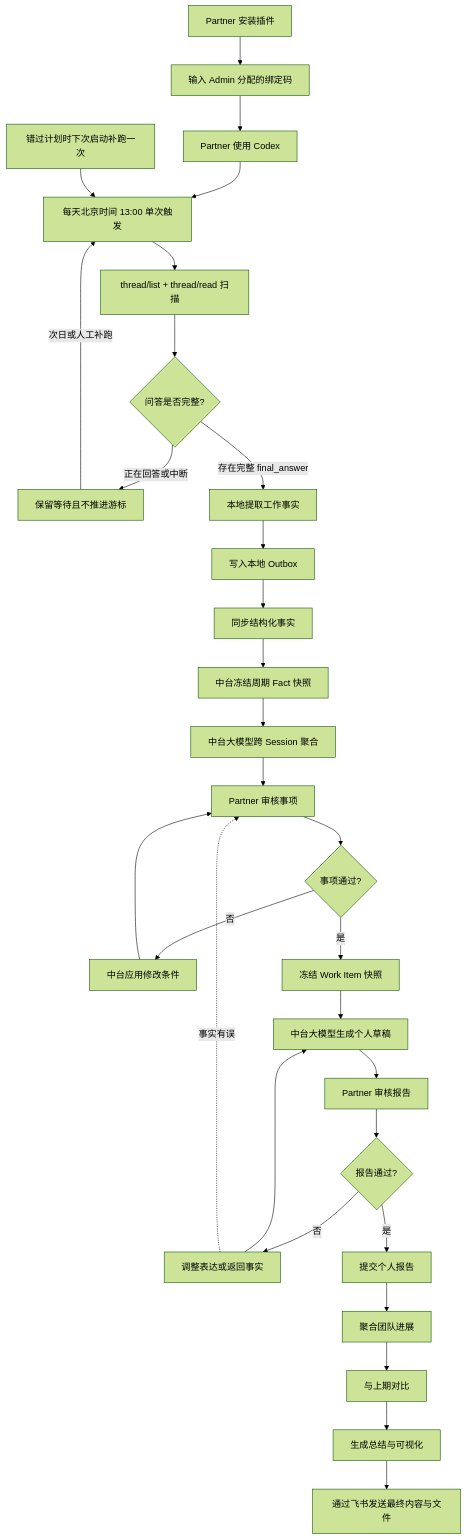
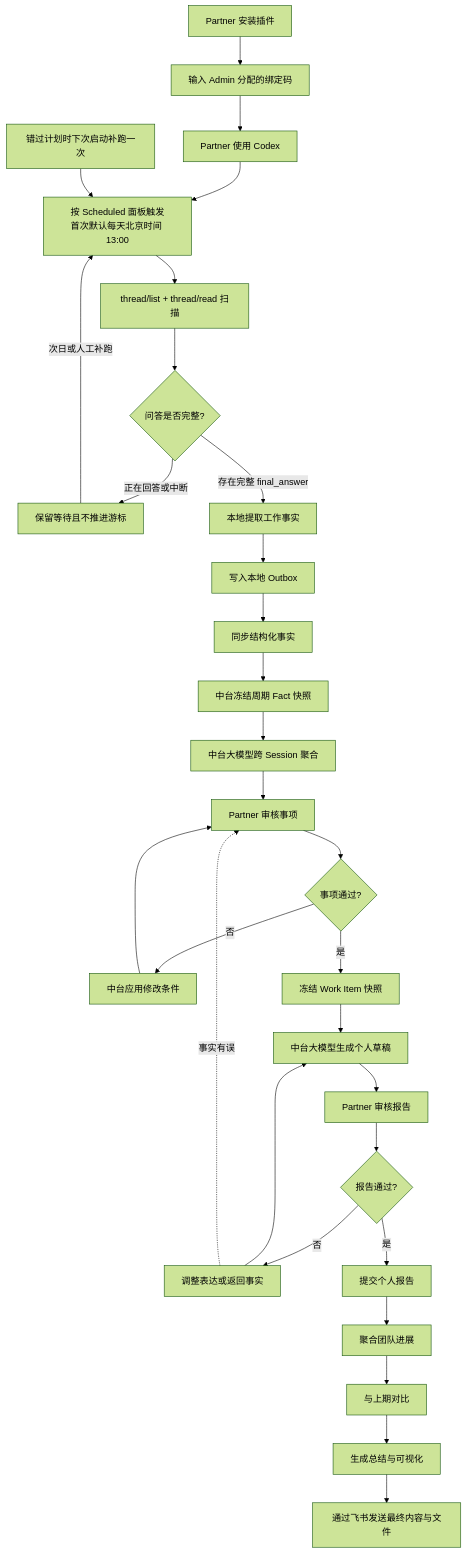
One commit to saul-LinY/partner-report-agent changed the first of 2 diagrams in docs/PRD.md. Above: the diagram before and after it, drawn with Mermaid (forest theme). The commit also changed other lines of this file and 9 other files, not shown here.

````diff
--- a/docs/PRD.md
+++ b/docs/PRD.md
@@ -297,42 +297,42 @@
 ```mermaid
 flowchart TD
     install[Partner 安装插件]
     bind[输入 Admin 分配的绑定码]
     session[Partner 使用 Codex]
-    dailyRun[每天北京时间 13:00 单次触发]
+    dailyRun[按 Scheduled 面板触发<br/>首次默认每天北京时间 13:00]
     scheduledScan[thread/list + thread/read 扫描]
     completeTurn{问答是否完整?}
     pendingTurn[保留等待且不推进游标]
     catchup[错过计划时下次启动补跑一次]
     queue[写入本地 Outbox]
     extract[本地提取工作事实]
     sync[同步结构化事实]
     cutoffSnapshot[中台冻结周期 Fact 快照]
     aggregate[中台大模型跨 Session 聚合]
     itemReview[Partner 审核事项]
     itemApproved{事项通过?}
     itemModify[中台应用修改条件]
     itemSnapshot[冻结 Work Item 快照]
     reportDraft[中台大模型生成个人草稿]
     reportReview[Partner 审核报告]
     reportApproved{报告通过?}
     reportModify[调整表达或返回事实]
     submit[提交个人报告]
     teamAggregate[聚合团队进展]
     compare[与上期对比]
     teamReport[生成总结与可视化]
     deliver[通过飞书发送最终内容与文件]
 
     install --> bind --> session
     session --> dailyRun --> scheduledScan --> completeTurn
     catchup --> dailyRun
     completeTurn -->|正在回答或中断| pendingTurn
     pendingTurn -->|次日或人工补跑| dailyRun
     completeTurn -->|存在完整 final_answer| extract --> queue --> sync --> cutoffSnapshot --> aggregate
     aggregate --> itemReview --> itemApproved
     itemApproved -->|否| itemModify --> itemReview
     itemApproved -->|是| itemSnapshot --> reportDraft --> reportReview --> reportApproved
     reportApproved -->|否| reportModify --> reportDraft
     reportModify -.->|事实有误| itemReview
     reportApproved -->|是| submit --> teamAggregate --> compare --> teamReport --> deliver
 ```
````
